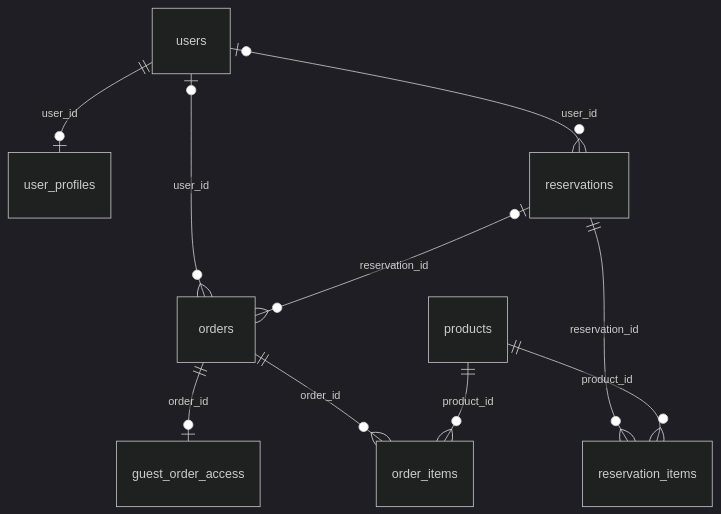
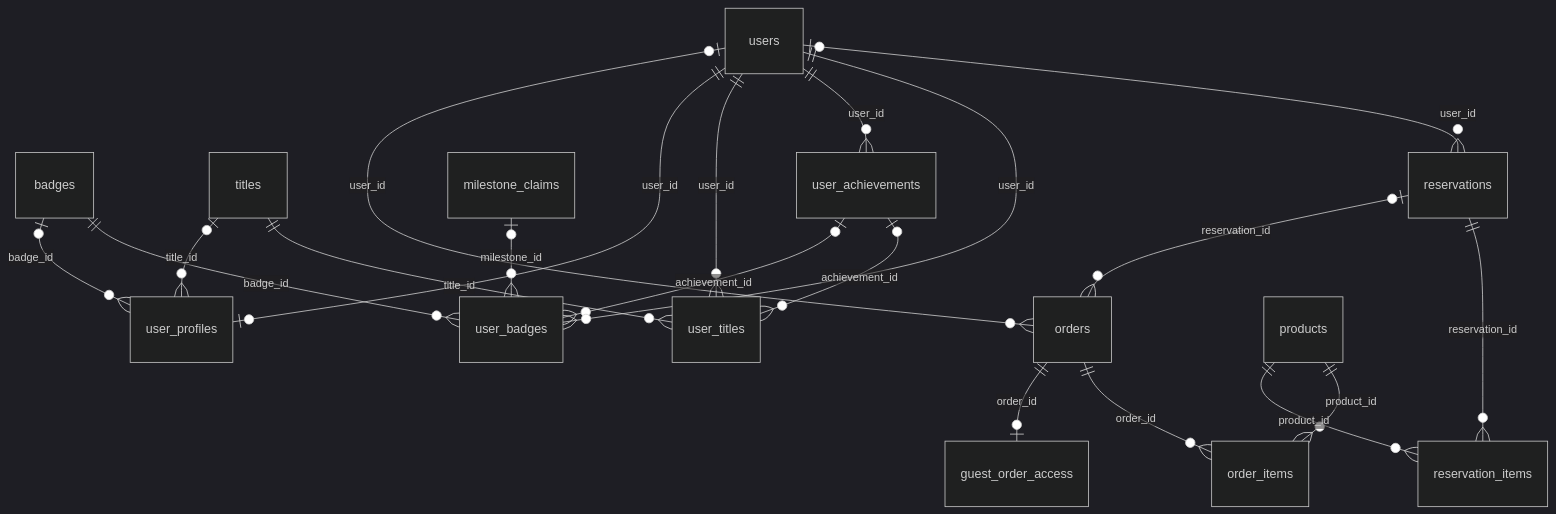
The diagram in docs/DATABASE.md (soyoun9176/bbang-palja), drawn with Mermaid (dark theme) before and after one commit. The commit also changed other lines of this file and 6 other files, not shown here.

````diff
--- a/docs/DATABASE.md
+++ b/docs/DATABASE.md
@@ -52,12 +57,22 @@
 ```mermaid
 erDiagram
     users o|--o{ orders : user_id
     orders ||--o| guest_order_access : order_id
     users ||--o| user_profiles : user_id
+    badges o|--o{ user_profiles : badge_id
+    titles o|--o{ user_profiles : title_id
+    users ||--o{ user_titles : user_id
+    titles ||--o{ user_titles : title_id
+    users ||--o{ user_achievements : user_id
+    user_achievements o|--o{ user_badges : achievement_id
+    user_achievements o|--o{ user_titles : achievement_id
+    users ||--o{ user_badges : user_id
+    badges ||--o{ user_badges : badge_id
+    milestone_claims o|--o{ user_badges : milestone_id
     users o|--o{ reservations : user_id
     reservations o|--o{ orders : reservation_id
     reservations ||--o{ reservation_items : reservation_id
     products ||--o{ reservation_items : product_id
     orders ||--o{ order_items : order_id
     products ||--o{ order_items : product_id
 ```
````
